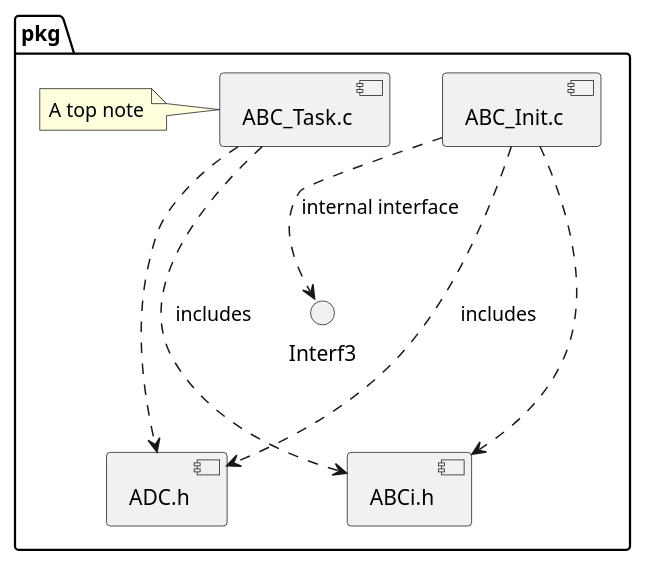
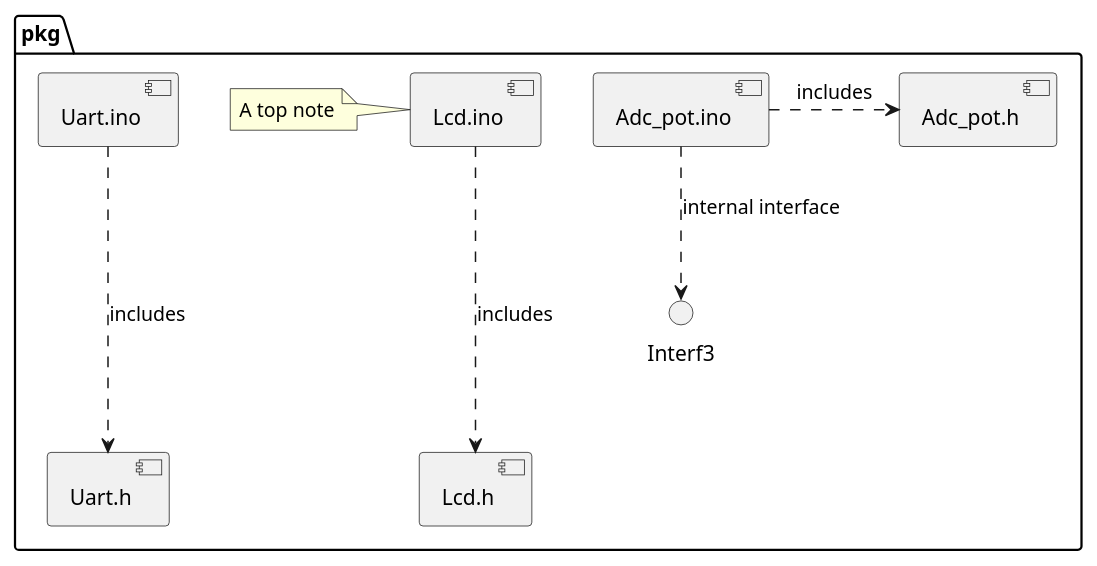
The third of 3 diagrams in project_design_tpl.md (ahmedloulou/Embedded2), drawn with PlantUML before and after one commit.

````diff
--- a/project_design_tpl.md
+++ b/project_design_tpl.md
@@ -78,13 +78,12 @@
 ```plantuml
 @startuml
 package "pkg" {
-    [ABC_Init.c].>[ADC.h] : includes
-    [ABC_Init.c]...>[ABCi.h]
-    [ABC_Task.c]...>[ADC.h]
-    [ABC_Task.c]...>[ABCi.h] : includes
+    [Adc_pot.ino].>[Adc_pot.h] : includes
+    [Lcd.ino]...>[Lcd.h] : includes
+    [Uart.ino]...>[Uart.h] : includes
     interface Interf3
-    note left of ABC_Task.c: A top note
-    ABC_Init.c ..> Interf3 : internal interface
+    note left of Lcd.ino: A top note
+    Adc_pot.ino ..> Interf3 : internal interface
 }
 @enduml
 ```
````
